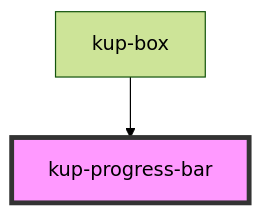
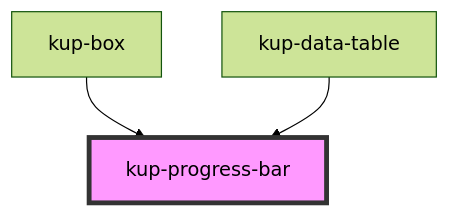
Before and after one commit to smeup/ketchup: the diagram in packages/ketchup/src/components/kup-progress-bar/readme.md, drawn with Mermaid (forest theme). The commit also changed other lines of this file and 7 other files, not shown here.

Commit message:
[kup-progress-bar, kup-box] updated rendering functions for progressbar with an external helper.

````diff
--- a/packages/ketchup/src/components/kup-progress-bar/readme.md
+++ b/packages/ketchup/src/components/kup-progress-bar/readme.md
@@ -35,5 +36,6 @@
 ```mermaid
 graph TD;
   kup-box --> kup-progress-bar
+  kup-data-table --> kup-progress-bar
   style kup-progress-bar fill:#f9f,stroke:#333,stroke-width:4px
 ```
````
